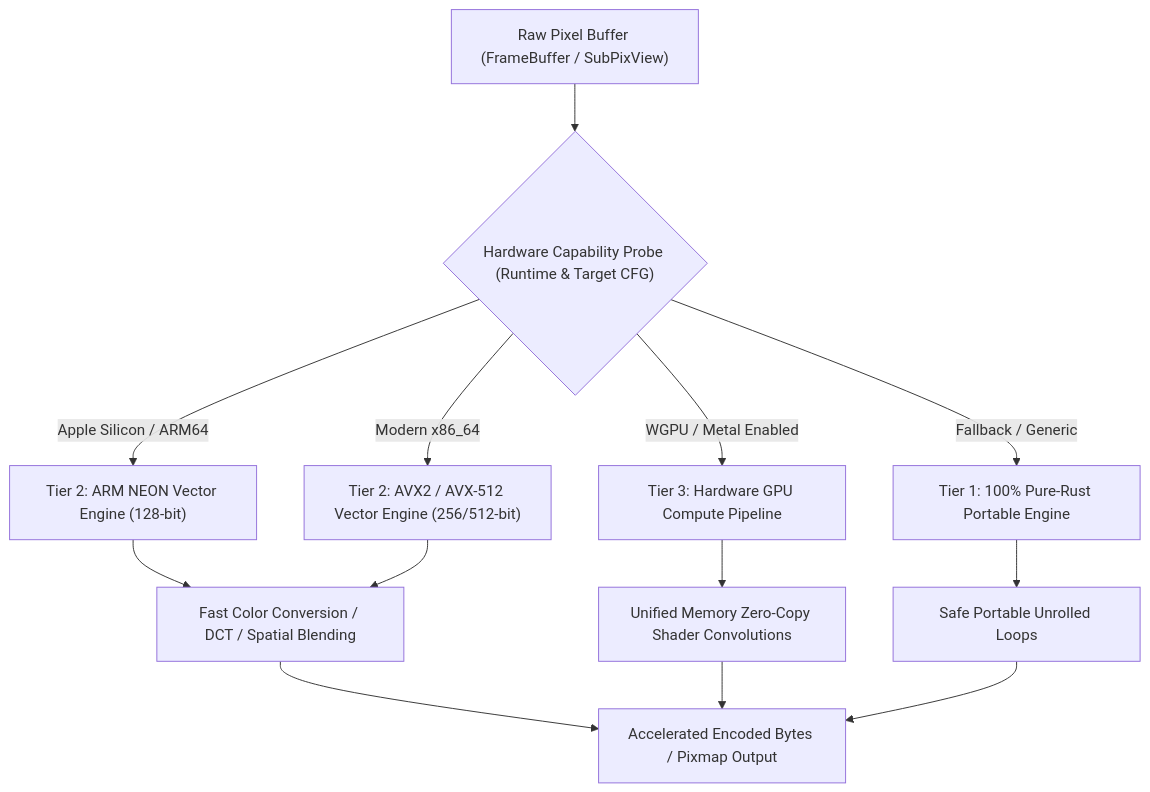
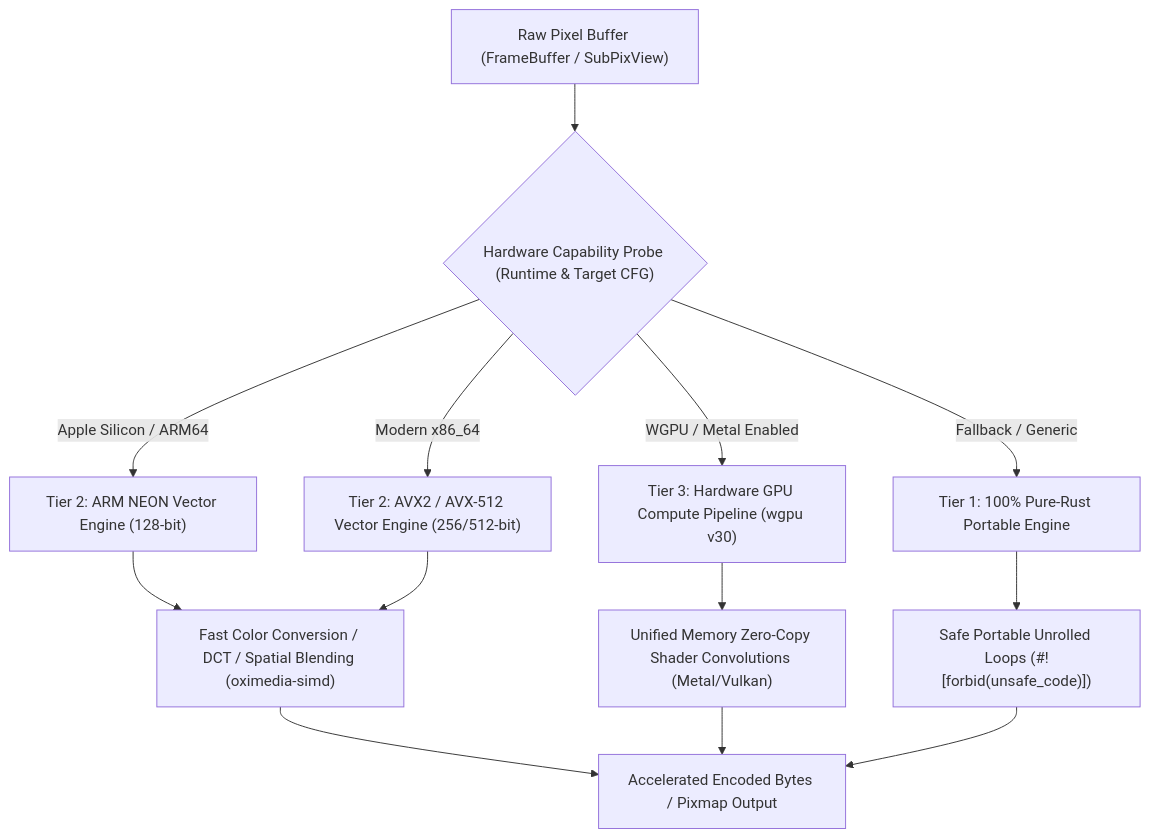
Before and after one commit to yasuomaidana/oxipix: the first of 3 diagrams in docs/02_CODEC_AND_ACCELERATOR_ENGINE.md, drawn with Mermaid. The commit also changed other lines of this file and 6 other files, not shown here.

````diff
--- a/docs/02_CODEC_AND_ACCELERATOR_ENGINE.md
+++ b/docs/02_CODEC_AND_ACCELERATOR_ENGINE.md
@@ -7,17 +7,17 @@
 ```mermaid
 graph TD
     InputFrame["Raw Pixel Buffer (FrameBuffer / SubPixView)"] --> Detect{"Hardware Capability Probe (Runtime & Target CFG)"}
     Detect -->|Apple Silicon / ARM64| NeonPath["Tier 2: ARM NEON Vector Engine (128-bit)"]
     Detect -->|Modern x86_64| AvxPath["Tier 2: AVX2 / AVX-512 Vector Engine (256/512-bit)"]
-    Detect -->|WGPU / Metal Enabled| GpuPath["Tier 3: Hardware GPU Compute Pipeline"]
+    Detect -->|WGPU / Metal Enabled| GpuPath["Tier 3: Hardware GPU Compute Pipeline (wgpu v30)"]
     Detect -->|Fallback / Generic| ScalarPath["Tier 1: 100% Pure-Rust Portable Engine"]
 
-    NeonPath --> SIMD_OPS["Fast Color Conversion / DCT / Spatial Blending"]
+    NeonPath --> SIMD_OPS["Fast Color Conversion / DCT / Spatial Blending (oximedia-simd)"]
     AvxPath --> SIMD_OPS
-    GpuPath --> GPU_OPS["Unified Memory Zero-Copy Shader Convolutions"]
-    ScalarPath --> SCALAR_OPS["Safe Portable Unrolled Loops"]
+    GpuPath --> GPU_OPS["Unified Memory Zero-Copy Shader Convolutions (Metal/Vulkan)"]
+    ScalarPath --> SCALAR_OPS["Safe Portable Unrolled Loops (#![forbid(unsafe_code)])"]
 
     SIMD_OPS --> Output["Accelerated Encoded Bytes / Pixmap Output"]
     GPU_OPS --> Output
     SCALAR_OPS --> Output
 ```
````
